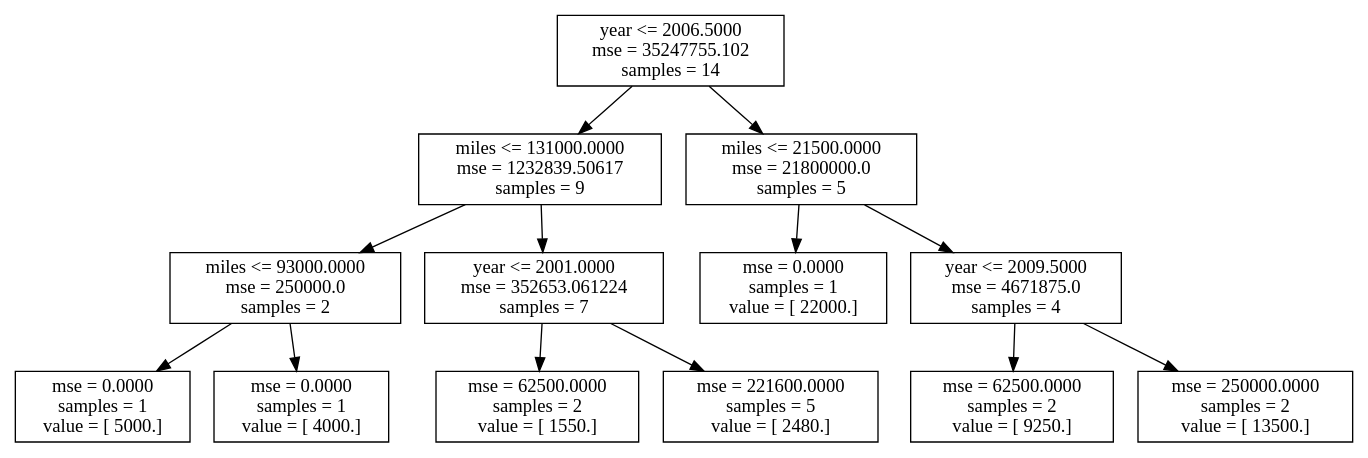
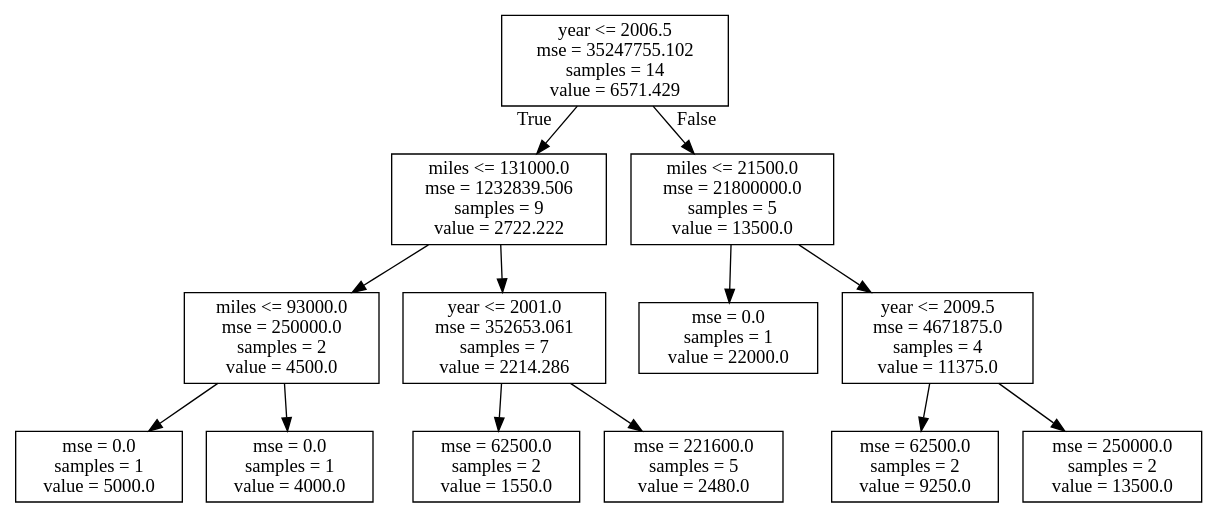
The diagram in notebooks/15_vehicles.dot (jayurbain/DataScienceIntro), drawn with Graphviz before and after one commit. The commit also changed 2 other files, not shown here.

```diff
--- a/notebooks/15_vehicles.dot
+++ b/notebooks/15_vehicles.dot
@@ -1,27 +1,28 @@
 digraph Tree {
-0 [label="year <= 2006.5000\nmse = 35247755.102\nsamples = 14", shape="box"] ;
-1 [label="miles <= 131000.0000\nmse = 1232839.50617\nsamples = 9", shape="box"] ;
-0 -> 1 ;
-2 [label="miles <= 93000.0000\nmse = 250000.0\nsamples = 2", shape="box"] ;
+node [shape=box] ;
+0 [label="year <= 2006.5\nmse = 35247755.102\nsamples = 14\nvalue = 6571.429"] ;
+1 [label="miles <= 131000.0\nmse = 1232839.506\nsamples = 9\nvalue = 2722.222"] ;
+0 -> 1 [labeldistance=2.5, labelangle=45, headlabel="True"] ;
+2 [label="miles <= 93000.0\nmse = 250000.0\nsamples = 2\nvalue = 4500.0"] ;
 1 -> 2 ;
-3 [label="mse = 0.0000\nsamples = 1\nvalue = [ 5000.]", shape="box"] ;
+3 [label="mse = 0.0\nsamples = 1\nvalue = 5000.0"] ;
 2 -> 3 ;
-4 [label="mse = 0.0000\nsamples = 1\nvalue = [ 4000.]", shape="box"] ;
+4 [label="mse = 0.0\nsamples = 1\nvalue = 4000.0"] ;
 2 -> 4 ;
-5 [label="year <= 2001.0000\nmse = 352653.061224\nsamples = 7", shape="box"] ;
+5 [label="year <= 2001.0\nmse = 352653.061\nsamples = 7\nvalue = 2214.286"] ;
 1 -> 5 ;
-6 [label="mse = 62500.0000\nsamples = 2\nvalue = [ 1550.]", shape="box"] ;
+6 [label="mse = 62500.0\nsamples = 2\nvalue = 1550.0"] ;
 5 -> 6 ;
-7 [label="mse = 221600.0000\nsamples = 5\nvalue = [ 2480.]", shape="box"] ;
+7 [label="mse = 221600.0\nsamples = 5\nvalue = 2480.0"] ;
 5 -> 7 ;
-8 [label="miles <= 21500.0000\nmse = 21800000.0\nsamples = 5", shape="box"] ;
-0 -> 8 ;
-9 [label="mse = 0.0000\nsamples = 1\nvalue = [ 22000.]", shape="box"] ;
+8 [label="miles <= 21500.0\nmse = 21800000.0\nsamples = 5\nvalue = 13500.0"] ;
+0 -> 8 [labeldistance=2.5, labelangle=-45, headlabel="False"] ;
+9 [label="mse = 0.0\nsamples = 1\nvalue = 22000.0"] ;
 8 -> 9 ;
-10 [label="year <= 2009.5000\nmse = 4671875.0\nsamples = 4", shape="box"] ;
+10 [label="year <= 2009.5\nmse = 4671875.0\nsamples = 4\nvalue = 11375.0"] ;
 8 -> 10 ;
-11 [label="mse = 62500.0000\nsamples = 2\nvalue = [ 9250.]", shape="box"] ;
+11 [label="mse = 62500.0\nsamples = 2\nvalue = 9250.0"] ;
 10 -> 11 ;
-12 [label="mse = 250000.0000\nsamples = 2\nvalue = [ 13500.]", shape="box"] ;
+12 [label="mse = 250000.0\nsamples = 2\nvalue = 13500.0"] ;
 10 -> 12 ;
 }
```
